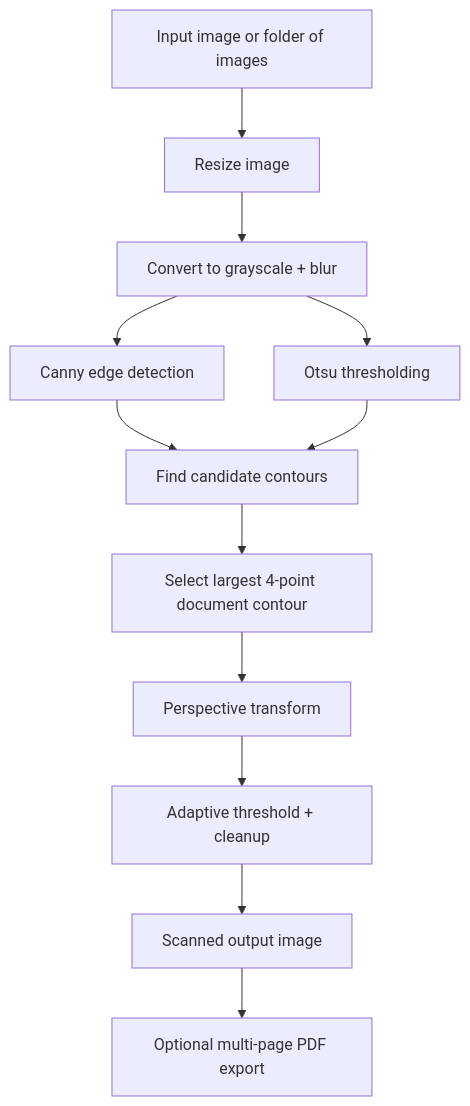
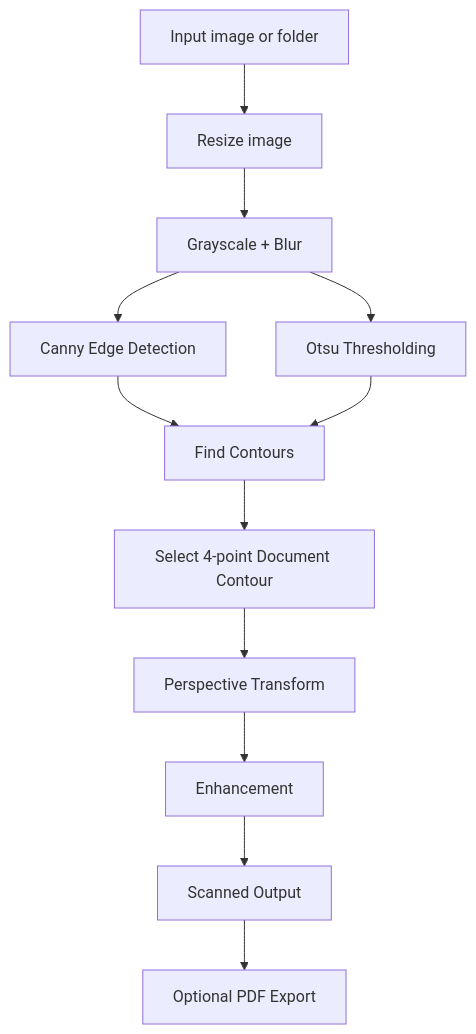
The diagram in README.md (akshaanxh/Doc-Vision), drawn with Mermaid before and after one commit. The commit also changed other lines of this file, not shown here.

````diff
--- a/README.md
+++ b/README.md
@@ -52,14 +52,14 @@
 ```mermaid
 flowchart TD
-    A[Input image or folder of images] --> B[Resize image]
-    B --> C[Convert to grayscale + blur]
-    C --> D[Canny edge detection]
-    C --> E[Otsu thresholding]
-    D --> F[Find candidate contours]
+    A[Input image or folder] --> B[Resize image]
+    B --> C[Grayscale + Blur]
+    C --> D[Canny Edge Detection]
+    C --> E[Otsu Thresholding]
+    D --> F[Find Contours]
     E --> F
-    F --> G[Select largest 4-point document contour]
-    G --> H[Perspective transform]
-    H --> I[Adaptive threshold + cleanup]
-    I --> J[Scanned output image]
-    J --> K[Optional multi-page PDF export]
+    F --> G[Select 4-point Document Contour]
+    G --> H[Perspective Transform]
+    H --> I[Enhancement]
+    I --> J[Scanned Output]
+    J --> K[Optional PDF Export]
 ```
````
